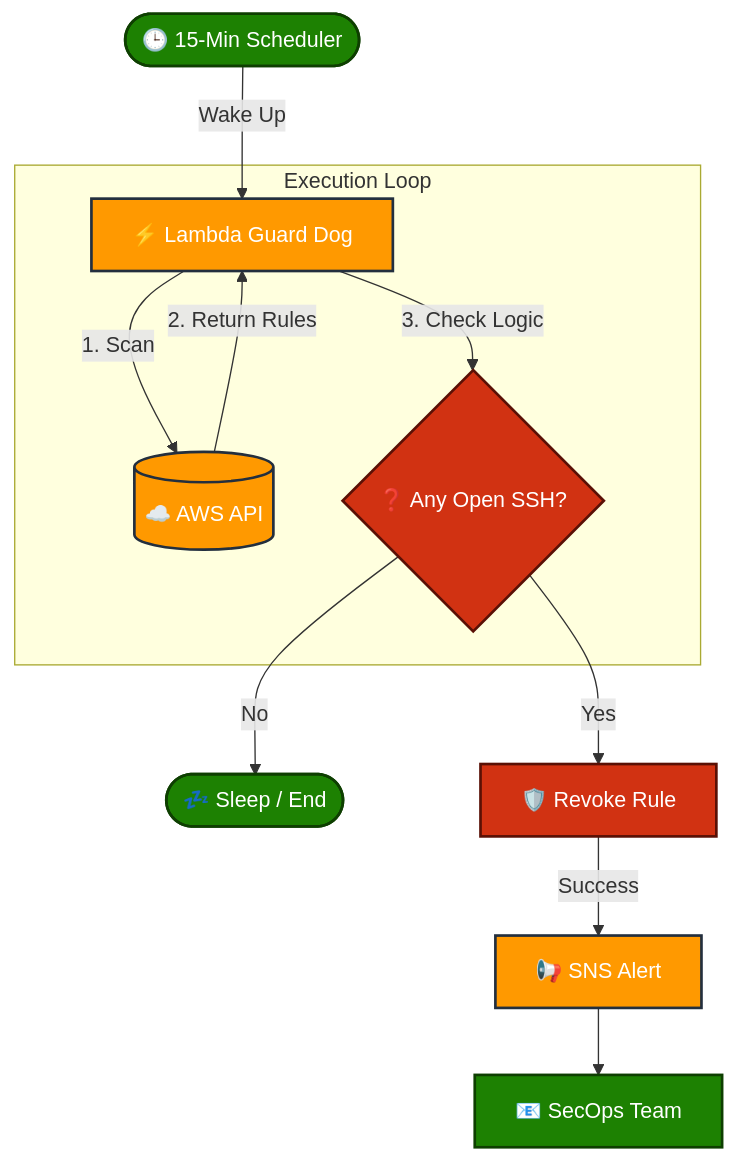
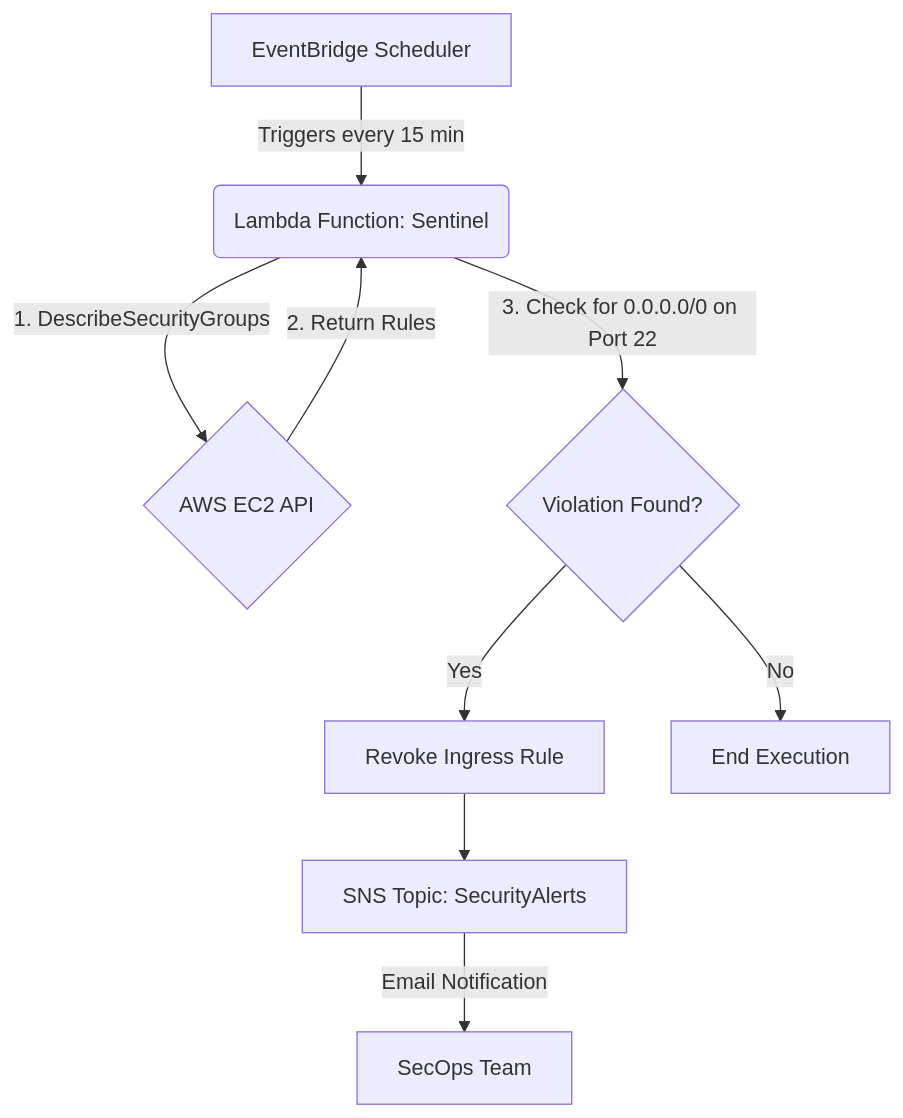
Before and after one commit to ItsA7/aws-automated-compliance-engine: the diagram in README.md, drawn with Mermaid.

````diff
--- a/README.md
+++ b/README.md
@@ -14,26 +14,11 @@
 ```mermaid
 graph TD
-    %% Nodes
-    Trigger(["🕒 15-Min Scheduler"]) -->|Wake Up| Lambda["⚡ Lambda Guard Dog"]
-    
-    subgraph "Execution Loop"
-        Lambda -->|1. Scan| API[("☁️ AWS API")]
-        API -->|2. Return Rules| Lambda
-        Lambda -->|3. Check Logic| Decision{"❓ Any Open SSH?"}
-    end
-    
-    Decision -- No --> Sleep(["💤 Sleep / End"])
-    Decision -- Yes --> Fix["🛡️ Revoke Rule"]
-    
-    Fix -->|Success| Notify["📢 SNS Alert"]
-    Notify --> Email["📧 SecOps Team"]
-
-    %% Styling
-    classDef aws fill:#FF9900,stroke:#232F3E,color:white,stroke-width:2px;
-    classDef sec fill:#D13212,stroke:#5A1005,color:white,stroke-width:2px;
-    classDef safe fill:#1D8102,stroke:#0E3F01,color:white,stroke-width:2px;
-
-    class Lambda,API,Notify aws;
-    class Fix,Decision sec;
-    class Trigger,Sleep,Email safe;
+    A[EventBridge Scheduler] -->|Triggers every 15 min| B(Lambda Function: Sentinel)
+    B -->|1. DescribeSecurityGroups| C{AWS EC2 API}
+    C -->|2. Return Rules| B
+    B -->|3. Check for 0.0.0.0/0 on Port 22| D{Violation Found?}
+    D -- Yes --> E[Revoke Ingress Rule]
+    E --> F[SNS Topic: SecurityAlerts]
+    F -->|Email Notification| G[SecOps Team]
+    D -- No --> H[End Execution]
 ```
````
